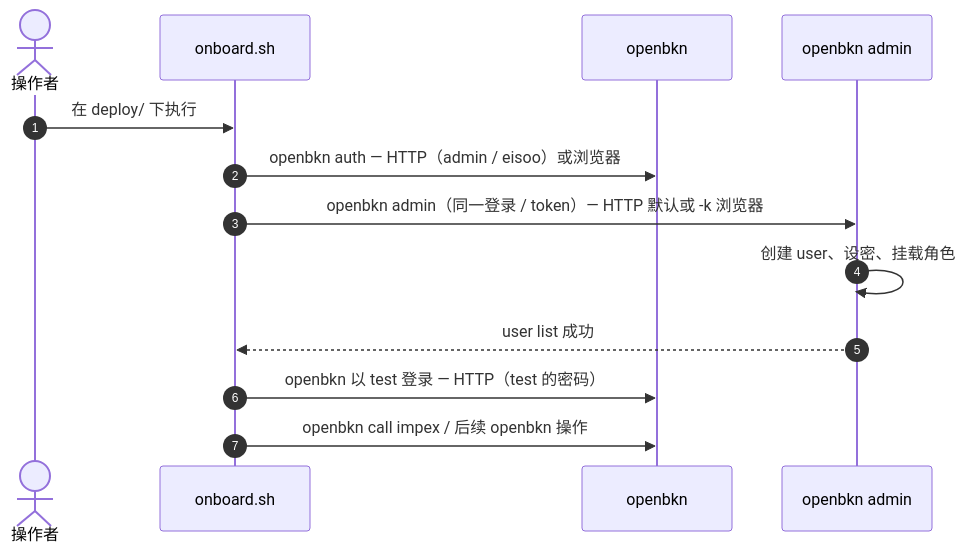
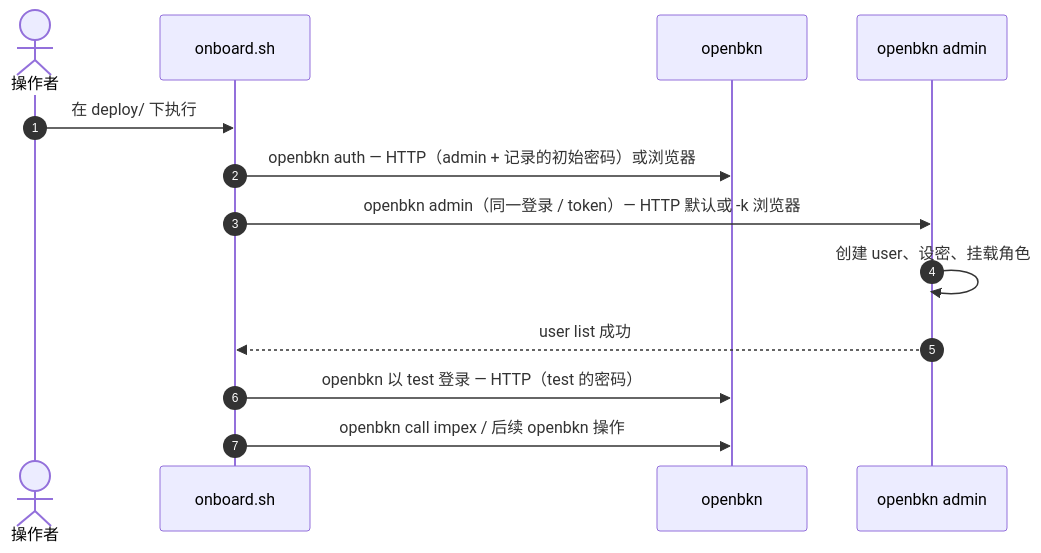
One commit to openbkn-ai/bkn-foundry changed the third of 3 diagrams in help/zh/install.md. Above: the diagram before and after it, drawn with Mermaid. The commit also changed other lines of this file and 7 other files, not shown here.

````diff
--- a/help/zh/install.md
+++ b/help/zh/install.md
@@ -332,15 +332,15 @@
 ```mermaid
 sequenceDiagram
   autonumber
   actor U as 操作者
   participant O as onboard.sh
   participant K as openbkn
   participant A as openbkn admin
   U->>O: 在 deploy/ 下执行
-  O->>K: openbkn auth — HTTP（admin / eisoo）或浏览器
+  O->>K: openbkn auth — HTTP（admin + 记录的初始密码）或浏览器
   O->>A: openbkn admin（同一登录 / token）— HTTP 默认或 -k 浏览器
   A->>A: 创建 user、设密、挂载角色
   A-->>O: user list 成功
   O->>K: openbkn 以 test 登录 — HTTP（test 的密码）
   O->>K: openbkn call impex / 后续 openbkn 操作
 ```
````
